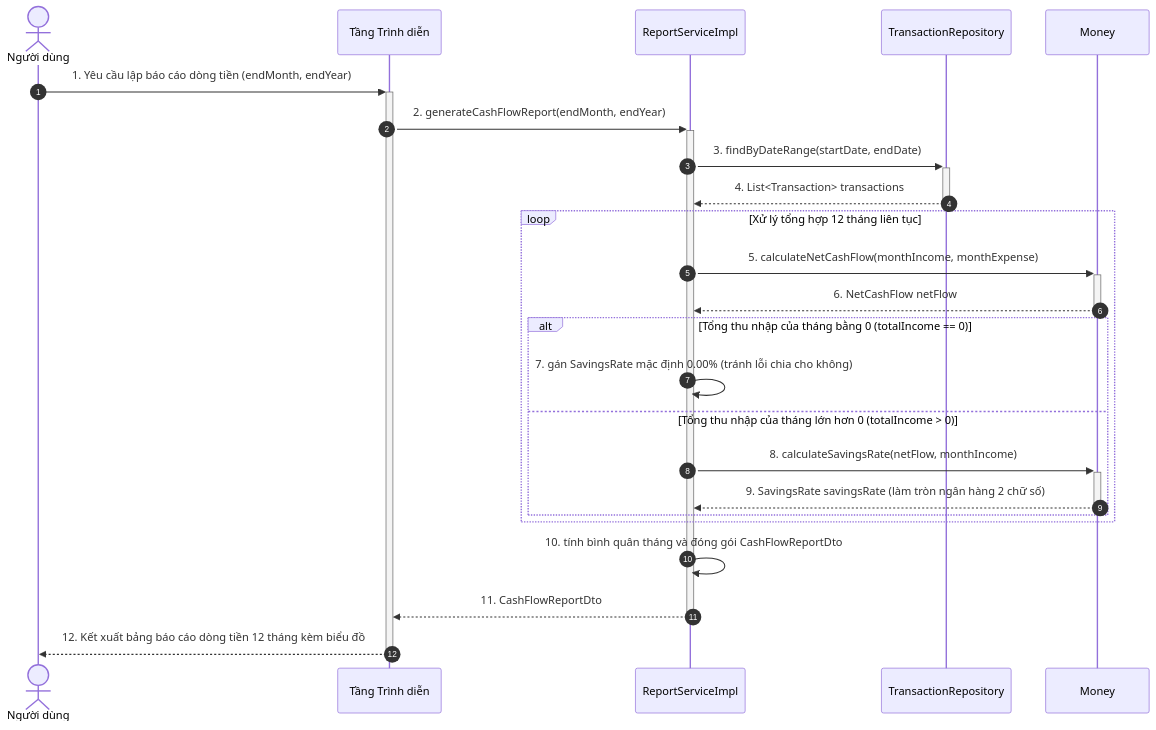
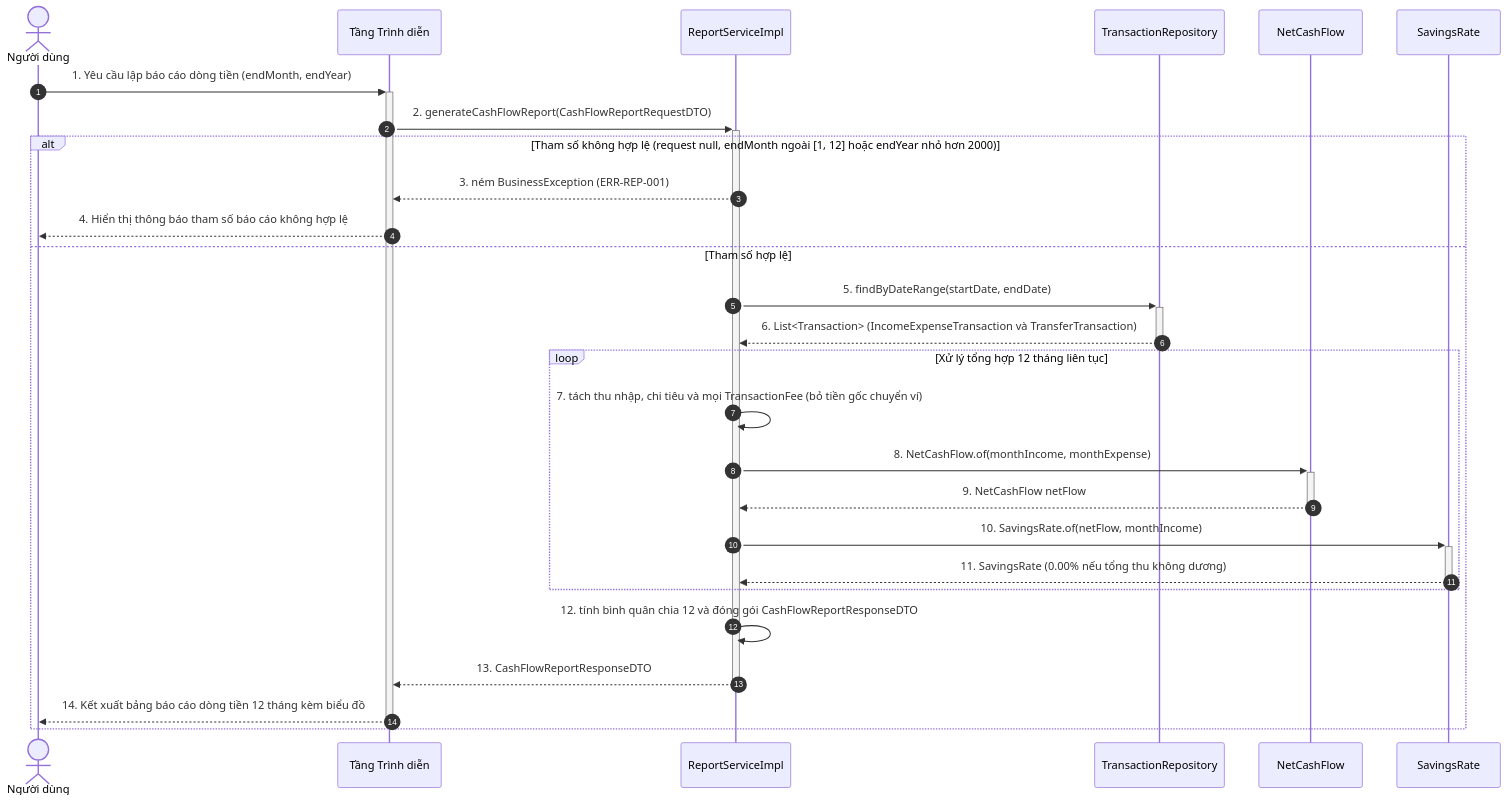
One commit to mynhleeh/pfms-oop changed diagram 17 of 21 in docs/object-oriented-design/05-so-do-tuong-tac-thiet-ke-sequence-diagram.md. Above: the diagram before and after it, drawn with Mermaid. The commit also changed other lines of this file and 21 other files, not shown here.

Commit message:
docs(spec): align SRS, OOA, and OOD models with 12-month window and single-scan sequence

````diff
--- a/docs/object-oriented-design/05-so-do-tuong-tac-thiet-ke-sequence-diagram.md
+++ b/docs/object-oriented-design/05-so-do-tuong-tac-thiet-ke-sequence-diagram.md
@@ -920,27 +920,30 @@
 ```mermaid
 sequenceDiagram
     autonumber
     actor User as Người dùng
     participant GUI as Tầng Trình diễn
     participant ReportService as ReportServiceImpl
     participant TxnRepo as TransactionRepository
-    participant Money as Money
+    participant NetCashFlow as NetCashFlow
+    participant SavingsRate as SavingsRate
 
     User->>+GUI: 1. Yêu cầu lập báo cáo dòng tiền (endMonth, endYear)
-    GUI->>+ReportService: 2. generateCashFlowReport(endMonth, endYear)
-    ReportService->>+TxnRepo: 3. findByDateRange(startDate, endDate)
-    TxnRepo-->>-ReportService: 4. List<Transaction> transactions
-    loop Xử lý tổng hợp 12 tháng liên tục
-        ReportService->>+Money: 5. calculateNetCashFlow(monthIncome, monthExpense)
-        Money-->>-ReportService: 6. NetCashFlow netFlow
-        alt Tổng thu nhập của tháng bằng 0 (totalIncome == 0)
-            ReportService->>ReportService: 7. gán SavingsRate mặc định 0.00% (tránh lỗi chia cho không)
-        else Tổng thu nhập của tháng lớn hơn 0 (totalIncome > 0)
-            ReportService->>+Money: 8. calculateSavingsRate(netFlow, monthIncome)
-            Money-->>-ReportService: 9. SavingsRate savingsRate (làm tròn ngân hàng 2 chữ số)
+    GUI->>+ReportService: 2. generateCashFlowReport(CashFlowReportRequestDTO)
+    alt Tham số không hợp lệ (request null, endMonth ngoài [1, 12] hoặc endYear nhỏ hơn 2000)
+        ReportService-->>GUI: 3. ném BusinessException (ERR-REP-001)
+        GUI-->>User: 4. Hiển thị thông báo tham số báo cáo không hợp lệ
+    else Tham số hợp lệ
+        ReportService->>+TxnRepo: 5. findByDateRange(startDate, endDate)
+        TxnRepo-->>-ReportService: 6. List<Transaction> (IncomeExpenseTransaction và TransferTransaction)
+        loop Xử lý tổng hợp 12 tháng liên tục
+            ReportService->>ReportService: 7. tách thu nhập, chi tiêu và mọi TransactionFee (bỏ tiền gốc chuyển ví)
+            ReportService->>+NetCashFlow: 8. NetCashFlow.of(monthIncome, monthExpense)
+            NetCashFlow-->>-ReportService: 9. NetCashFlow netFlow
+            ReportService->>+SavingsRate: 10. SavingsRate.of(netFlow, monthIncome)
+            SavingsRate-->>-ReportService: 11. SavingsRate (0.00% nếu tổng thu không dương)
         end
+        ReportService->>ReportService: 12. tính bình quân chia 12 và đóng gói CashFlowReportResponseDTO
+        ReportService-->>-GUI: 13. CashFlowReportResponseDTO
+        GUI-->>-User: 14. Kết xuất bảng báo cáo dòng tiền 12 tháng kèm biểu đồ
     end
-    ReportService->>ReportService: 10. tính bình quân tháng và đóng gói CashFlowReportDto
-    ReportService-->>-GUI: 11. CashFlowReportDto
-    GUI-->>-User: 12. Kết xuất bảng báo cáo dòng tiền 12 tháng kèm biểu đồ
 ```
````
